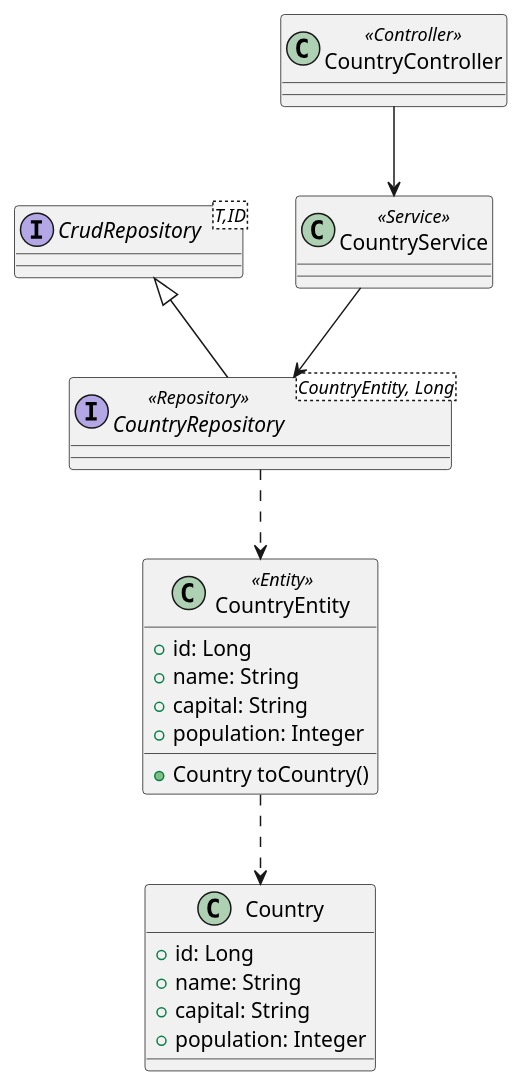
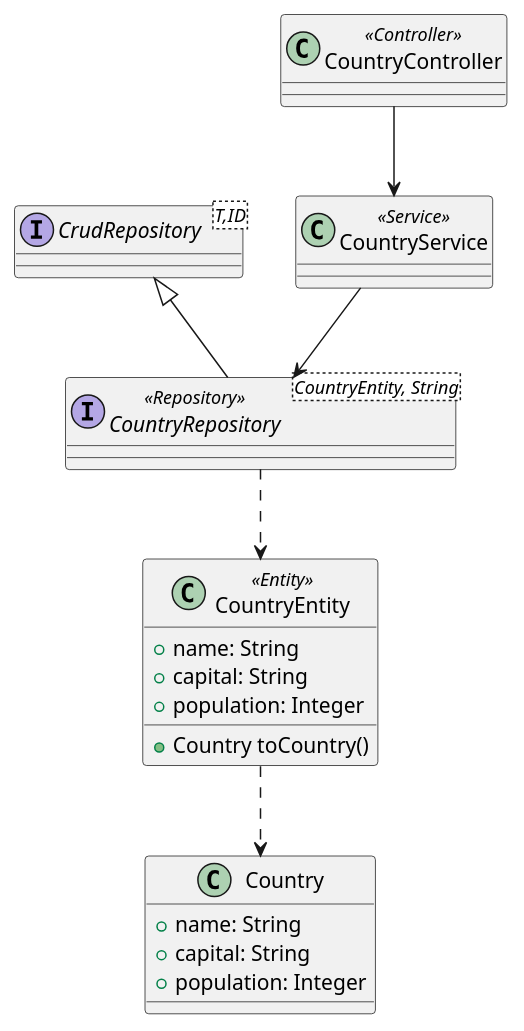
One commit to laminba2003/spring-rest-services changed the second of 5 diagrams in src/main/asciidoc/index.adoc. Above: the diagram before and after it, drawn with PlantUML. The commit also changed 13 other files, not shown here.

```diff
--- a/src/main/asciidoc/index.adoc
+++ b/src/main/asciidoc/index.adoc
@@ -72,37 +72,35 @@
 [plantuml, GetCountries-class-diagram, png]
 ----
 class Country {
-  + id: Long
   + name: String
   + capital: String
   + population: Integer
 }
 
 class CountryEntity <<Entity>> {
-  + id: Long
   + name: String
   + capital: String
   + population: Integer
   + Country toCountry()
 }
 
-interface CountryRepository<CountryEntity, Long> <<Repository>> {
+interface CountryRepository<CountryEntity, String> <<Repository>> {
 }
 
 interface CrudRepository<T,ID> {
 }
 
 class CountryService <<Service>> {
 }
 
 class CountryController <<Controller>> {
 }
 
 
 CountryEntity ..> Country
 CountryRepository ..> CountryEntity
 CrudRepository <|-- CountryRepository
 CountryService --> CountryRepository
 CountryController --> CountryService
 
 ----
```
